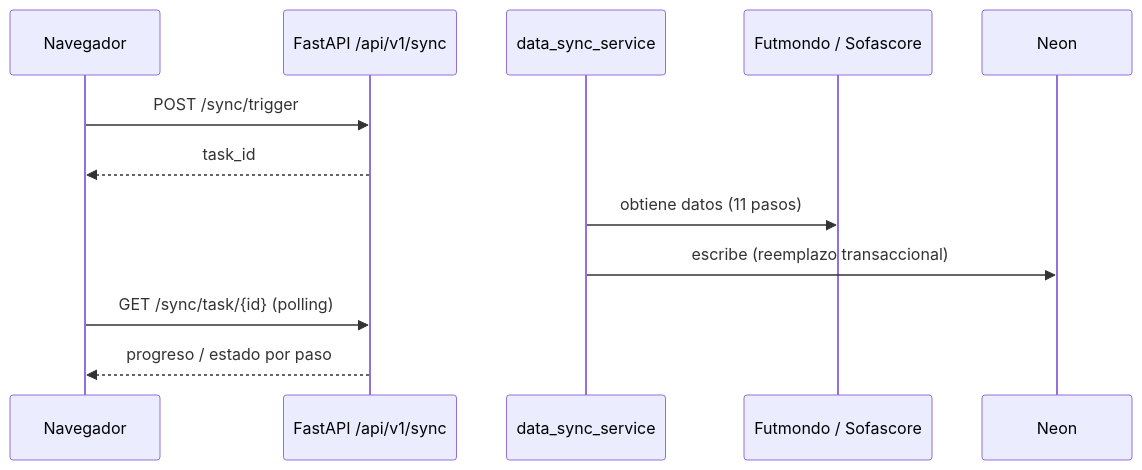
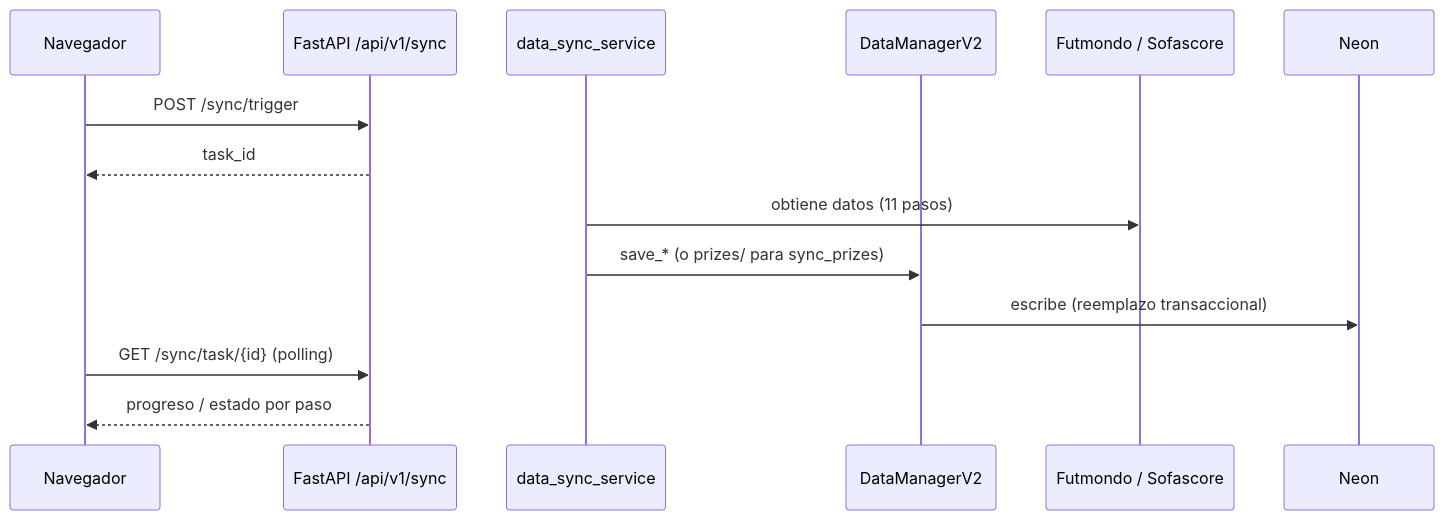
Before and after one commit to Mutinho/futmondo-analytics: the fourth of 5 diagrams in aidlc/spaces/default/codekb/futmondo-analytics/architecture.md, drawn with Mermaid. The commit also changed other lines of this file and 49 other files, not shown here.

````diff
--- a/aidlc/spaces/default/codekb/futmondo-analytics/architecture.md
+++ b/aidlc/spaces/default/codekb/futmondo-analytics/architecture.md
@@ -77,14 +103,16 @@
 ```mermaid
 sequenceDiagram
   participant U as Navegador
   participant API as FastAPI /api/v1/sync
   participant Svc as data_sync_service
+  participant DM as DataManagerV2
   participant Ext as Futmondo / Sofascore
   participant DB as Neon
   U->>API: POST /sync/trigger
   API-->>U: task_id
   Svc->>Ext: obtiene datos (11 pasos)
-  Svc->>DB: escribe (reemplazo transaccional)
+  Svc->>DM: save_* (o prizes/ para sync_prizes)
+  DM->>DB: escribe (reemplazo transaccional)
   U->>API: GET /sync/task/{id} (polling)
   API-->>U: progreso / estado por paso
 ```
````
